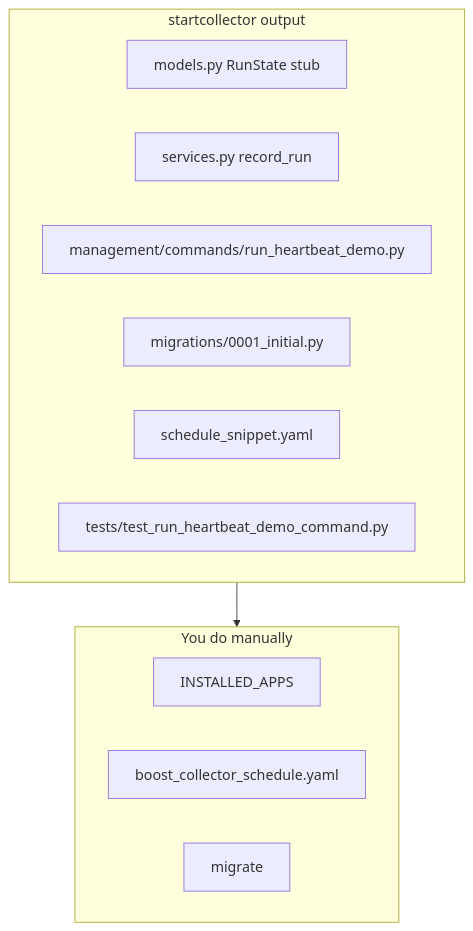
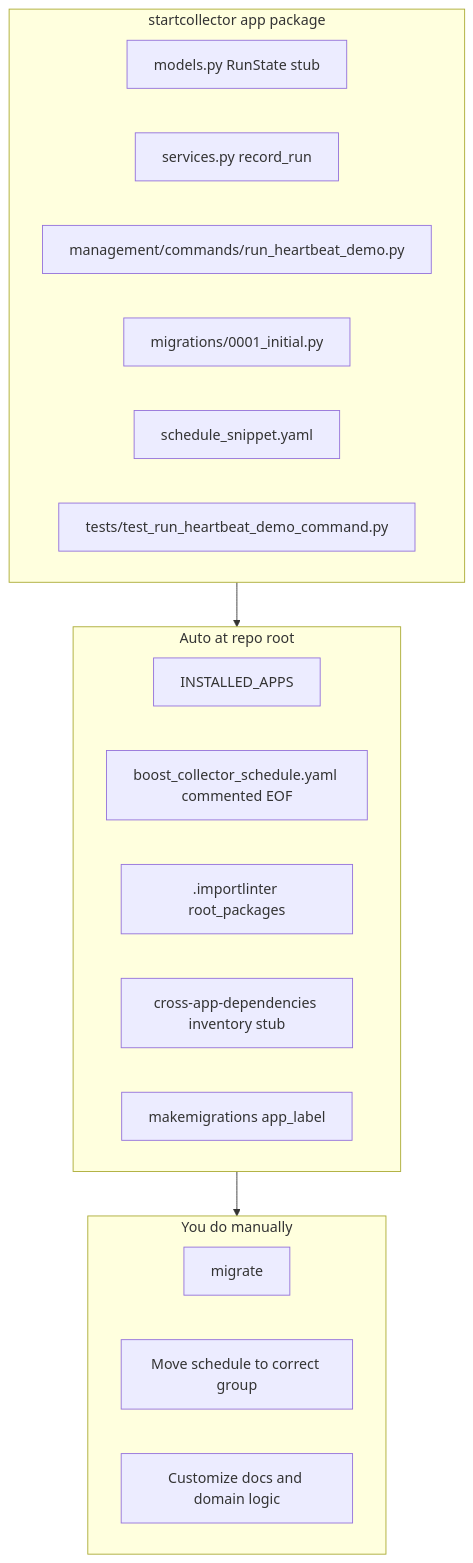
One commit to snowfox1003/boost-data-collector-django changed the first of 3 diagrams in docs/Tutorial_building_a_collector.md. Above: the diagram before and after it, drawn with Mermaid. The commit also changed other lines of this file and 4 other files, not shown here.

Commit message:
feat: enhance startcollector command to auto-register project files and improve documentation

````diff
--- a/docs/Tutorial_building_a_collector.md
+++ b/docs/Tutorial_building_a_collector.md
@@ -68,17 +70,24 @@
 ```mermaid
 flowchart TB
-  subgraph scaffold [startcollector output]
+  subgraph scaffold [startcollector app package]
     models[models.py RunState stub]
     services[services.py record_run]
     runCmd["management/commands/run_heartbeat_demo.py"]
     mig[migrations/0001_initial.py]
     snippet[schedule_snippet.yaml]
     test[tests/test_run_heartbeat_demo_command.py]
   end
+  subgraph register [Auto at repo root]
+    installed[INSTALLED_APPS]
+    yaml[boost_collector_schedule.yaml commented EOF]
+    importlinter[.importlinter root_packages]
+    crossapp[cross-app-dependencies inventory stub]
+    makemigrations[makemigrations app_label]
+  end
   subgraph manual [You do manually]
-    installed[INSTALLED_APPS]
-    yaml[boost_collector_schedule.yaml]
     migrate[migrate]
+    scheduleMove[Move schedule to correct group]
+    customize[Customize docs and domain logic]
   end
-  scaffold --> manual
+  scaffold --> register --> manual
 ```
````
